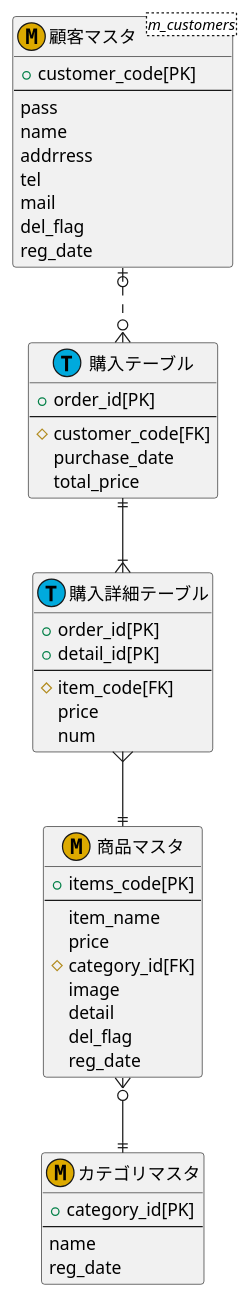
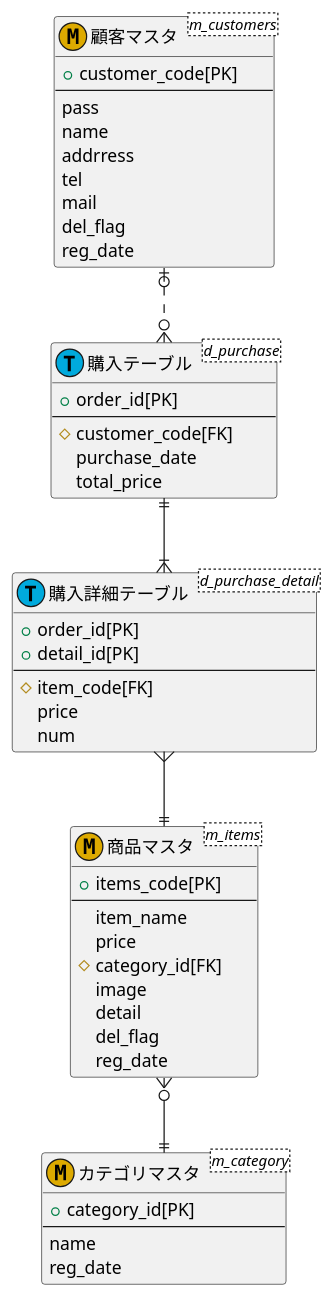
One commit to Aso2001022/2021sys-design changed the diagram in kadai23.md. Above: the diagram before and after it, drawn with PlantUML.

````diff
--- a/kadai23.md
+++ b/kadai23.md
@@ -1,56 +1,56 @@
 ```puml
 @startuml
 entity "顧客マスタ" <m_customers><<M,DDAA00>>{
   +customer_code[PK]
   --
   pass
   name
   addrress
   tel
   mail
   del_flag
   reg_date
   }
   
-  entity "購入テーブル"<<T,00AADD>>{
+  entity "購入テーブル"<d_purchase><<T,00AADD>>{
   +order_id[PK]
   --
   # customer_code[FK]
   purchase_date
   total_price
   }
   
-  entity "購入詳細テーブル" <<T,00AADD>> {
+  entity "購入詳細テーブル" <d_purchase_detail><<T,00AADD>> {
   +order_id[PK]
   +detail_id[PK]
   --
   # item_code[FK]
   price
   num
   }
   
-  entity "商品マスタ"<<M,DDAA00>> {
+  entity "商品マスタ"<m_items><<M,DDAA00>> {
   +items_code[PK]
   --
   item_name
   price
   # category_id[FK]
   image
   detail
   del_flag
   reg_date
   }
   
-  entity "カテゴリマスタ" <<M,DDAA00>> {
+  entity "カテゴリマスタ" <m_category><<M,DDAA00>> {
 +category_id[PK]
 --
 name
 reg_date
 }
 
 顧客マスタ |o..o{ 購入テーブル 
 購入テーブル ||--|{ 購入詳細テーブル
 購入詳細テーブル }--|| 商品マスタ
 商品マスタ }o--|| カテゴリマスタ
 @enduml
 ```
````
